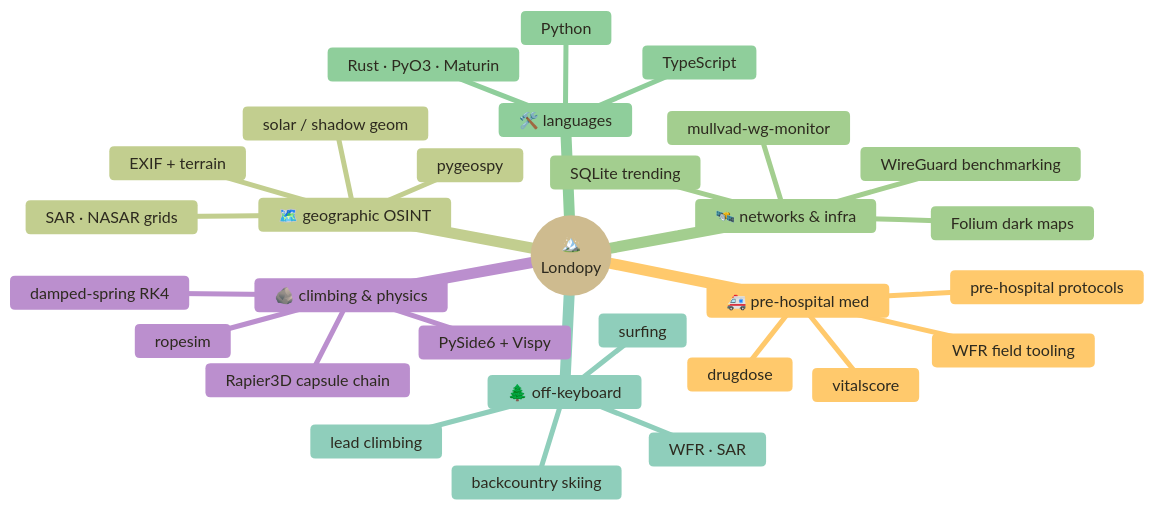
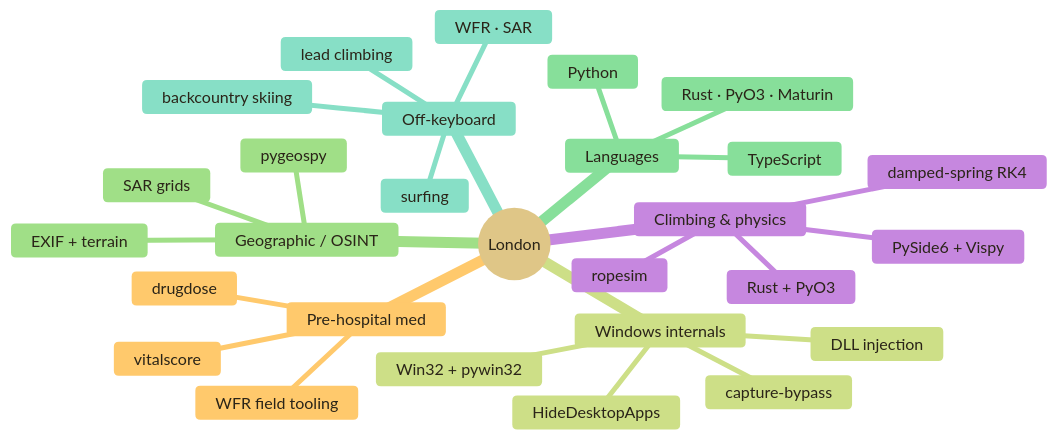
The diagram in README.md (Londopy/Londopy), drawn with Mermaid before and after one commit. The commit also changed other lines of this file, not shown here.

````diff
--- a/README.md
+++ b/README.md
@@ -131,34 +116,32 @@
 ```mermaid
-%%{init: {'theme':'base','themeVariables':{'primaryColor':'#F5F1E8','primaryTextColor':'#2D2A1F','primaryBorderColor':'#7A5C3A','lineColor':'#7A5C3A','tertiaryColor':'#FFF8EC'}}}%%
+%%{init: {'theme':'base','themeVariables':{'primaryColor':'#FAF6EC','primaryTextColor':'#2A2418','primaryBorderColor':'#7A5C3A','lineColor':'#7A5C3A','tertiaryColor':'#FFF8EC'}}}%%
 mindmap
-  root((🏔️<br/>Londopy))
-    🪨 climbing & physics
+  root((London))
+    Climbing & physics
       ropesim
+      Rust + PyO3
       damped-spring RK4
-      Rapier3D capsule chain
       PySide6 + Vispy
-    🚑 pre-hospital med
+    Pre-hospital med
+      drugdose
       vitalscore
-      drugdose
       WFR field tooling
-      pre-hospital protocols
-    🗺️ geographic OSINT
+    Windows internals
+      capture-bypass
+      HideDesktopApps
+      DLL injection
+      Win32 + pywin32
+    Geographic / OSINT
       pygeospy
-      SAR · NASAR grids
-      solar / shadow geom
+      SAR grids
       EXIF + terrain
-    🛰️ networks & infra
-      mullvad-wg-monitor
-      WireGuard benchmarking
-      Folium dark maps
-      SQLite trending
-    🛠️ languages
+    Languages
       Python
       Rust · PyO3 · Maturin
       TypeScript
-    🌲 off-keyboard
+    Off-keyboard
       lead climbing
       backcountry skiing
       surfing
       WFR · SAR
 ```
````
